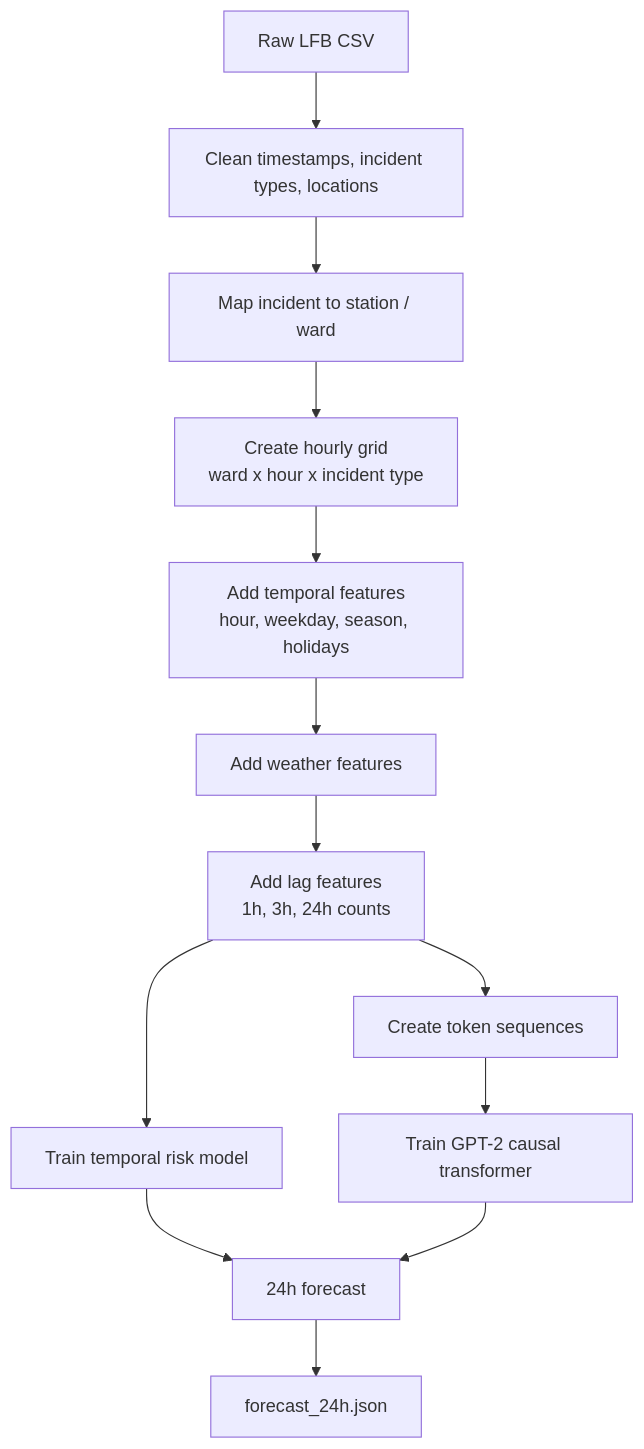
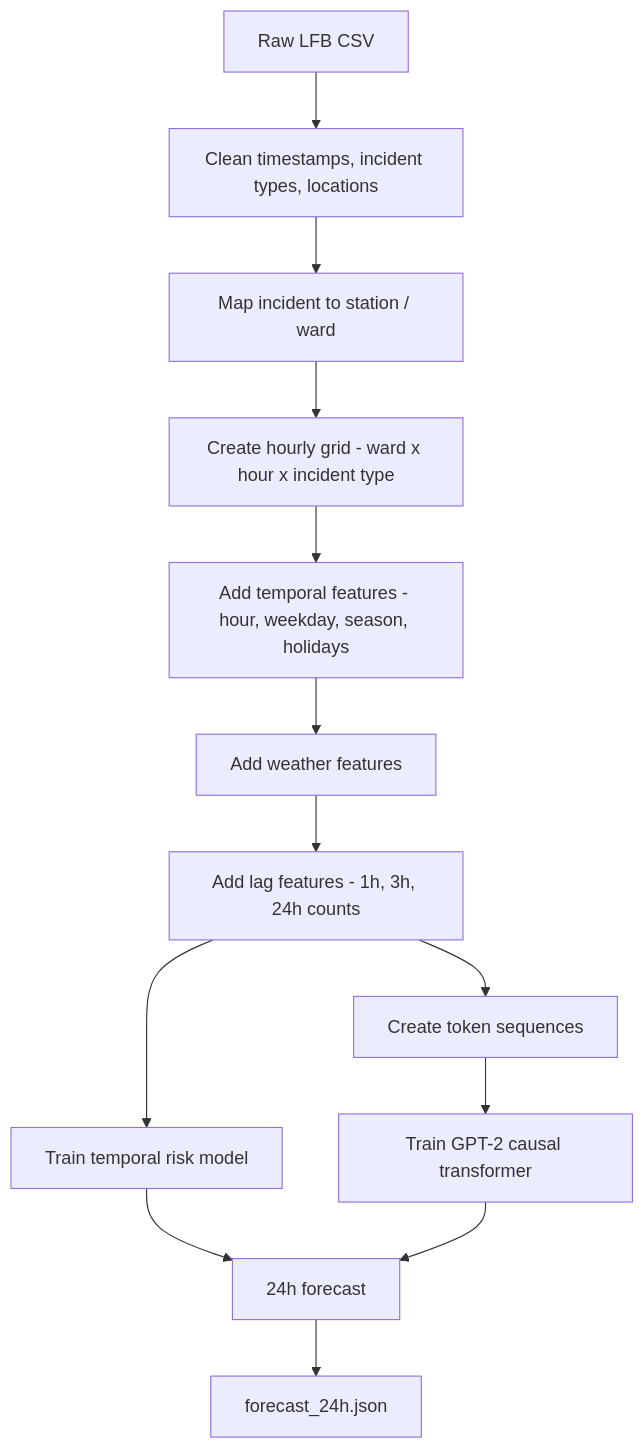
One commit to Hha21/Hackathon_NVIDIALONDON changed the second of 4 diagrams in README.md. Above: the diagram before and after it, drawn with Mermaid. The commit also changed other lines of this file, not shown here.

Commit message:
Fix Mermaid diagrams: remove <br/> tags unsupported by GitHub renderer

````diff
--- a/README.md
+++ b/README.md
@@ -145,15 +145,15 @@
 ```mermaid
 flowchart TD
     A[Raw LFB CSV] --> B[Clean timestamps, incident types, locations]
     B --> C[Map incident to station / ward]
-    C --> D[Create hourly grid<br/>ward x hour x incident type]
-    D --> E[Add temporal features<br/>hour, weekday, season, holidays]
+    C --> D[Create hourly grid - ward x hour x incident type]
+    D --> E[Add temporal features - hour, weekday, season, holidays]
     E --> F[Add weather features]
-    F --> G[Add lag features<br/>1h, 3h, 24h counts]
+    F --> G[Add lag features - 1h, 3h, 24h counts]
     G --> H[Train temporal risk model]
     G --> I[Create token sequences]
     I --> J[Train GPT-2 causal transformer]
     H --> K[24h forecast]
     J --> K
     K --> L[forecast_24h.json]
 ```
````
